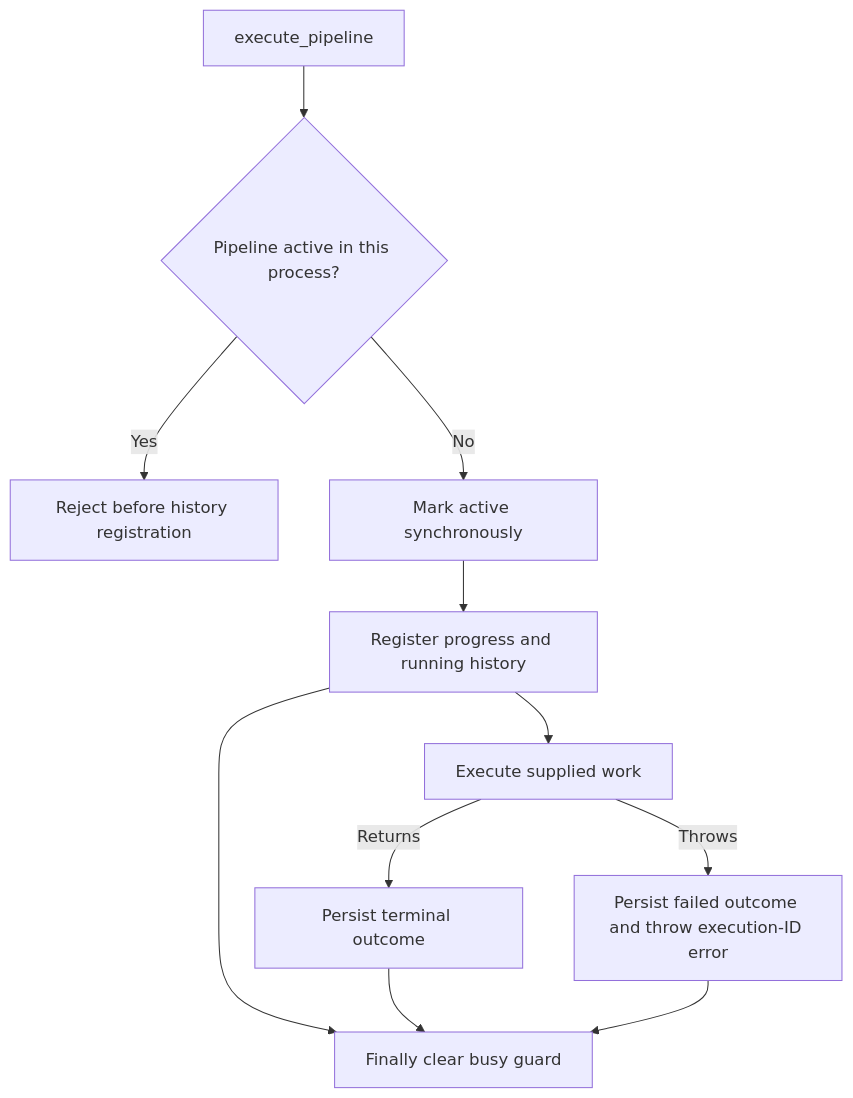
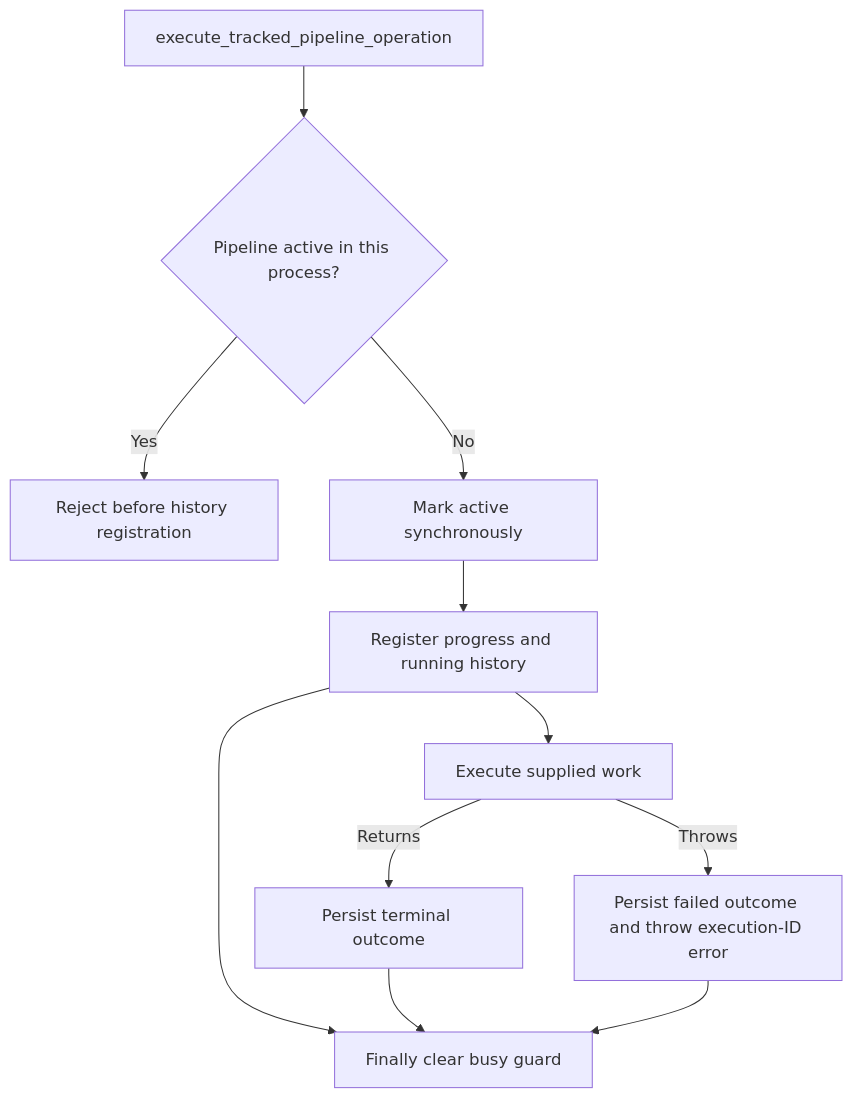
One commit to Shralp-Tamarack/data-pipeline-system-v2 changed the first of 4 diagrams in documentation/data-flow.md. Above: the diagram before and after it, drawn with Mermaid. The commit also changed other lines of this file and 31 other files, not shown here.

First line of the commit message:
1. At both the pipeline level as well as source system level you should now be able to run targeted ingest, reconcile, process, or sync command that combines all three.

````diff
--- a/documentation/data-flow.md
+++ b/documentation/data-flow.md
@@ -15,13 +15,13 @@
 ```mermaid
 flowchart TD
-    A[execute_pipeline] --> B{Pipeline active in this process?}
+    A[execute_tracked_pipeline_operation] --> B{Pipeline active in this process?}
     B -->|Yes| R[Reject before history registration]
     B -->|No| C[Mark active synchronously]
     C --> D[Register progress and running history]
     D --> E[Execute supplied work]
     E -->|Returns| F[Persist terminal outcome]
     E -->|Throws| G[Persist failed outcome and throw execution-ID error]
     D --> H[Finally clear busy guard]
     F --> H
     G --> H
 ```
````
